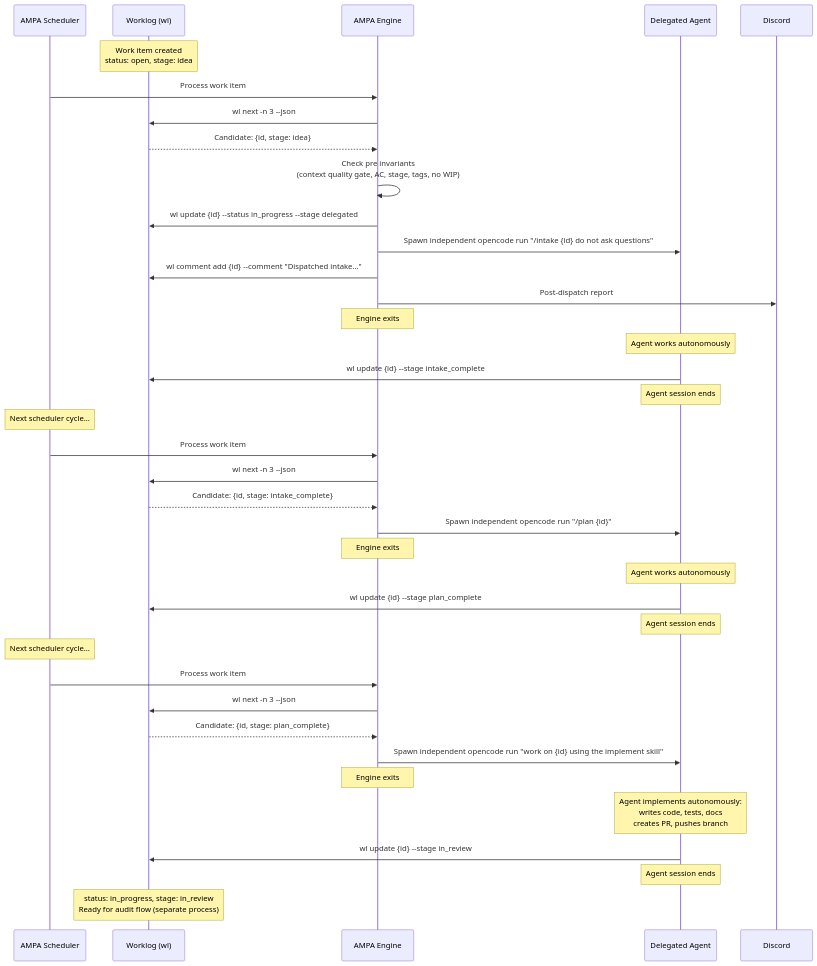
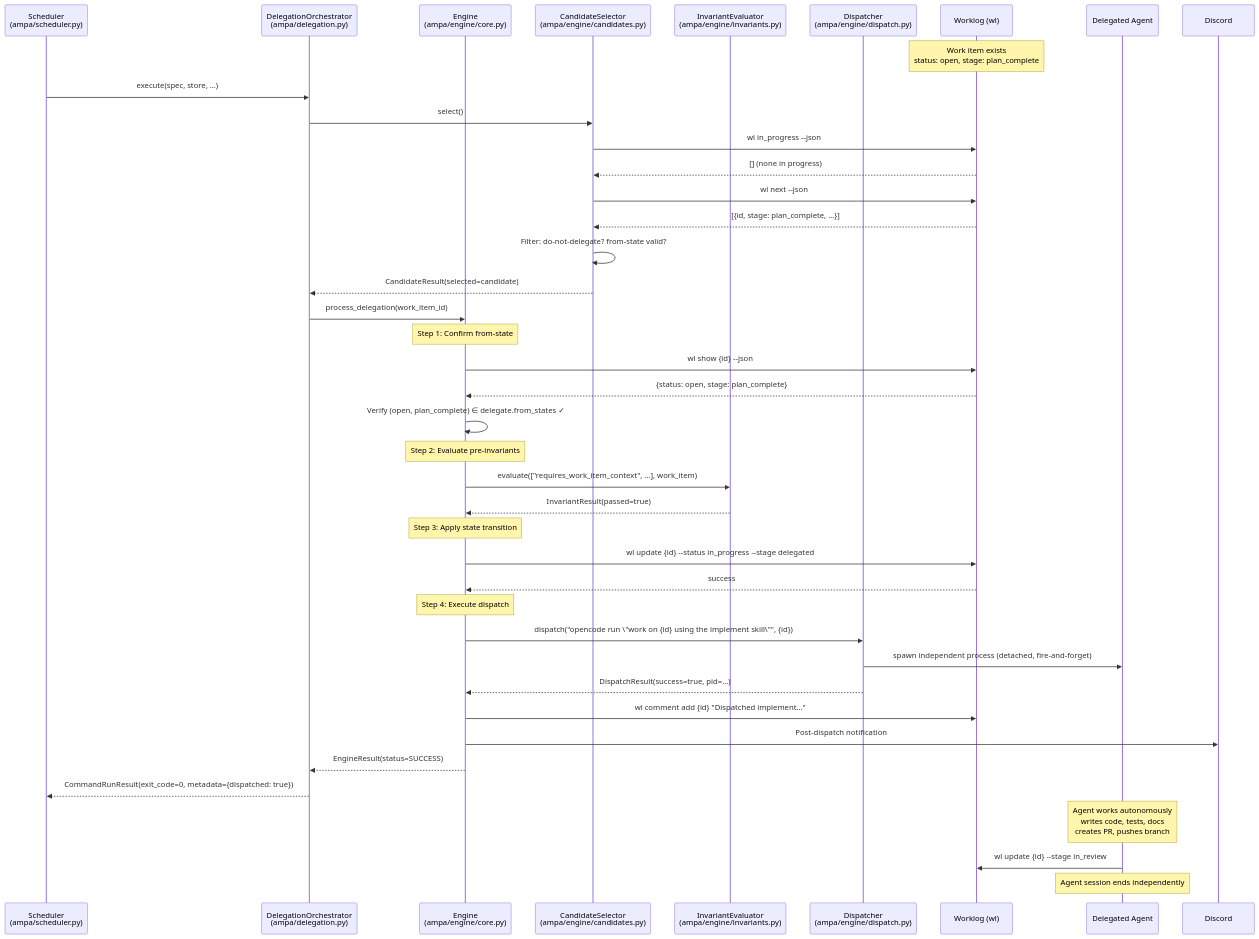
One commit to SorraTheOrc/SorraAgents changed the second of 3 diagrams in docs/workflow/engine-prd.md. Above: the diagram before and after it, drawn with Mermaid. The commit also changed other lines of this file and 1 other file, not shown here.

First line of the commit message:
SA-0MM1OMHR10AAV9OQ: replace engine-prd.md in-place instead of creating separate file

````diff
--- a/docs/workflow/engine-prd.md
+++ b/docs/workflow/engine-prd.md
@@ -336,53 +383,52 @@
 ```mermaid
 sequenceDiagram
-    participant Scheduler as AMPA Scheduler
+    participant Sched as Scheduler<br/>(ampa/scheduler.py)
+    participant Orch as DelegationOrchestrator<br/>(ampa/delegation.py)
+    participant Eng as Engine<br/>(ampa/engine/core.py)
+    participant Sel as CandidateSelector<br/>(ampa/engine/candidates.py)
+    participant Inv as InvariantEvaluator<br/>(ampa/engine/invariants.py)
+    participant Disp as Dispatcher<br/>(ampa/engine/dispatch.py)
     participant WL as Worklog (wl)
-    participant Engine as AMPA Engine
     participant Agent as Delegated Agent
     participant Discord as Discord
 
-    Note over WL: Work item created<br/>status: open, stage: idea
+    Note over WL: Work item exists<br/>status: open, stage: plan_complete
 
-    Scheduler->>Engine: Process work item
+    Sched->>Orch: execute(spec, store, ...)
+    Orch->>Sel: select()
+    Sel->>WL: wl in_progress --json
+    WL-->>Sel: [] (none in progress)
+    Sel->>WL: wl next --json
+    WL-->>Sel: [{id, stage: plan_complete, ...}]
+    Sel->>Sel: Filter: do-not-delegate? from-state valid?
+    Sel-->>Orch: CandidateResult(selected=candidate)
 
-    Engine->>WL: wl next -n 3 --json
-    WL-->>Engine: Candidate: {id, stage: idea}
+    Orch->>Eng: process_delegation(work_item_id)
 
-    Engine->>Engine: Check pre invariants<br/>(context quality gate, AC, stage, tags, no WIP)
+    Note over Eng: Step 1: Confirm from-state
+    Eng->>WL: wl show {id} --json
+    WL-->>Eng: {status: open, stage: plan_complete}
+    Eng->>Eng: Verify (open, plan_complete) ∈ delegate.from_states ✓
 
-    Engine->>WL: wl update {id} --status in_progress --stage delegated
-    Engine->>Agent: Spawn independent opencode run "/intake {id} do not ask questions"
-    Engine->>WL: wl comment add {id} --comment "Dispatched intake..."
-    Engine->>Discord: Post-dispatch report
-    Note over Engine: Engine exits
+    Note over Eng: Step 2: Evaluate pre-invariants
+    Eng->>Inv: evaluate(["requires_work_item_context", ...], work_item)
+    Inv-->>Eng: InvariantResult(passed=true)
 
-    Note over Agent: Agent works autonomously
-    Agent->>WL: wl update {id} --stage intake_complete
-    Note over Agent: Agent session ends
+    Note over Eng: Step 3: Apply state transition
+    Eng->>WL: wl update {id} --status in_progress --stage delegated
+    WL-->>Eng: success
 
-    Note over Scheduler: Next scheduler cycle...
-    Scheduler->>Engine: Process work item
+    Note over Eng: Step 4: Execute dispatch
+    Eng->>Disp: dispatch("opencode run \"work on {id} using the implement skill\"", {id})
+    Disp->>Agent: spawn independent process (detached, fire-and-forget)
+    Disp-->>Eng: DispatchResult(success=true, pid=...)
+    Eng->>WL: wl comment add {id} "Dispatched implement..."
+    Eng->>Discord: Post-dispatch notification
 
-    Engine->>WL: wl next -n 3 --json
-    WL-->>Engine: Candidate: {id, stage: intake_complete}
-    Engine->>Agent: Spawn independent opencode run "/plan {id}"
-    Note over Engine: Engine exits
+    Eng-->>Orch: EngineResult(status=SUCCESS)
+    Orch-->>Sched: CommandRunResult(exit_code=0, metadata={dispatched: true})
 
-    Note over Agent: Agent works autonomously
-    Agent->>WL: wl update {id} --stage plan_complete
-    Note over Agent: Agent session ends
-
-    Note over Scheduler: Next scheduler cycle...
-    Scheduler->>Engine: Process work item
-
-    Engine->>WL: wl next -n 3 --json
-    WL-->>Engine: Candidate: {id, stage: plan_complete}
-    Engine->>Agent: Spawn independent opencode run "work on {id} using the implement skill"
-    Note over Engine: Engine exits
-
-    Note over Agent: Agent implements autonomously:<br/>writes code, tests, docs<br/>creates PR, pushes branch
+    Note over Agent: Agent works autonomously<br/>writes code, tests, docs<br/>creates PR, pushes branch
     Agent->>WL: wl update {id} --stage in_review
-    Note over Agent: Agent session ends
-
-    Note over WL: status: in_progress, stage: in_review<br/>Ready for audit flow (separate process)
+    Note over Agent: Agent session ends independently
 ```
````
